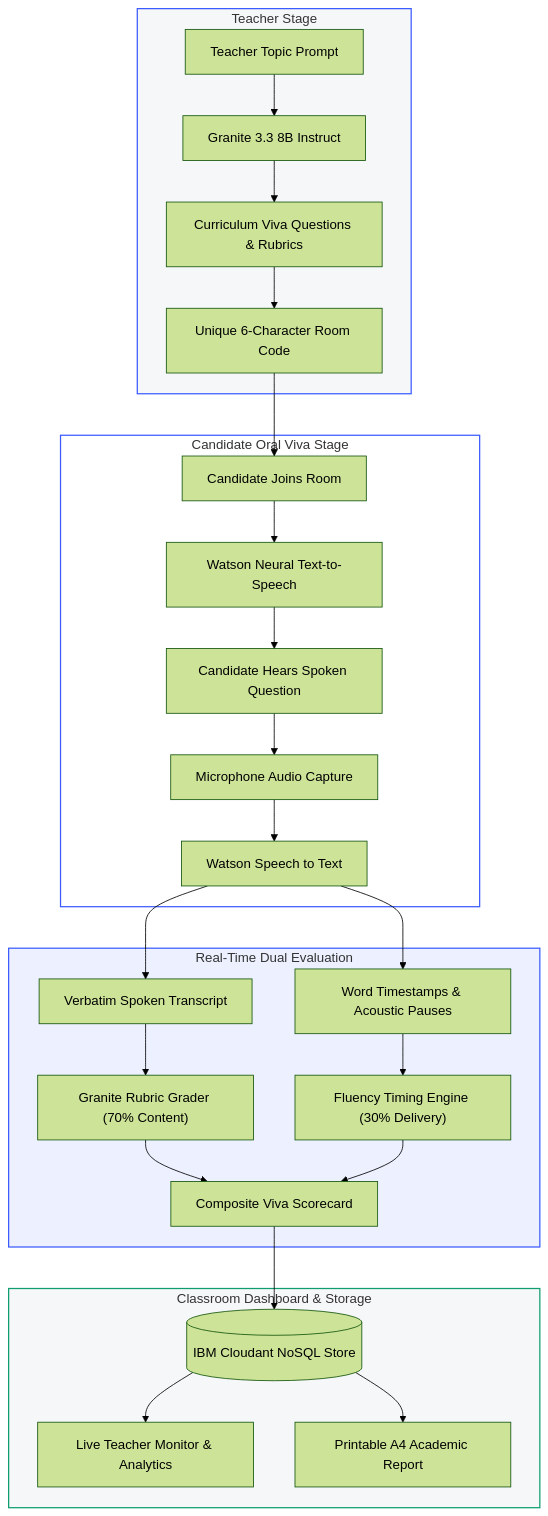
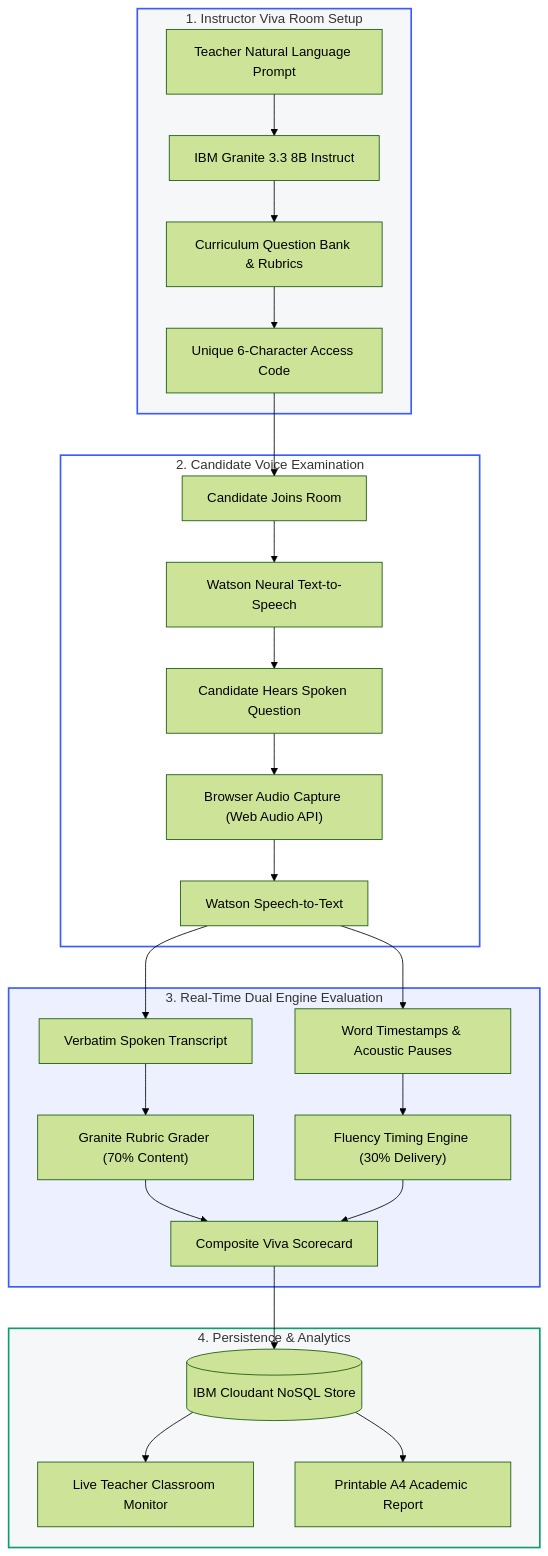
One commit to harshadabarsagade/Oralyze changed the first of 2 diagrams in README.md. Above: the diagram before and after it, drawn with Mermaid (forest theme). The commit also changed other lines of this file and 2 other files, not shown here.

Commit message:
docs: improve README typography, high-visibility white logo, comprehensive tags, and SEO architecture

````diff
--- a/README.md
+++ b/README.md
@@ -55,36 +89,36 @@
 ```mermaid
 flowchart TD
-    subgraph Teacher["Teacher Stage"]
-        T1["Teacher Topic Prompt"] --> T2["Granite 3.3 8B Instruct"]
-        T2 --> T3["Curriculum Viva Questions & Rubrics"]
-        T3 --> T4["Unique 6-Character Room Code"]
+    subgraph TeacherStage["1. Instructor Viva Room Setup"]
+        T1["Teacher Natural Language Prompt"] --> T2["IBM Granite 3.3 8B Instruct"]
+        T2 --> T3["Curriculum Question Bank & Rubrics"]
+        T3 --> T4["Unique 6-Character Access Code"]
     end
 
-    subgraph Candidate["Candidate Oral Viva Stage"]
+    subgraph CandidateStage["2. Candidate Voice Examination"]
         T4 --> C1["Candidate Joins Room"]
         C1 --> C2["Watson Neural Text-to-Speech"]
         C2 --> C3["Candidate Hears Spoken Question"]
-        C3 --> C4["Microphone Audio Capture"]
-        C4 --> C5["Watson Speech to Text"]
+        C3 --> C4["Browser Audio Capture (Web Audio API)"]
+        C4 --> C5["Watson Speech-to-Text"]
     end
 
-    subgraph Evaluation["Real-Time Dual Evaluation"]
+    subgraph EvaluationStage["3. Real-Time Dual Engine Evaluation"]
         C5 --> E1["Verbatim Spoken Transcript"]
         C5 --> E2["Word Timestamps & Acoustic Pauses"]
         E1 --> E3["Granite Rubric Grader (70% Content)"]
         E2 --> E4["Fluency Timing Engine (30% Delivery)"]
         E3 --> E5["Composite Viva Scorecard"]
         E4 --> E5
     end
 
-    subgraph Storage["Classroom Dashboard & Storage"]
+    subgraph StorageStage["4. Persistence & Analytics"]
         E5 --> S1[("IBM Cloudant NoSQL Store")]
-        S1 --> S2["Live Teacher Monitor & Analytics"]
+        S1 --> S2["Live Teacher Classroom Monitor"]
         S1 --> S3["Printable A4 Academic Report"]
     end
 
-    style Teacher fill:#F6F7F9,stroke:#3B5BFF,stroke-width:1.5px
-    style Candidate fill:#FFFFFF,stroke:#3B5BFF,stroke-width:1.5px
-    style Evaluation fill:#EDF1FF,stroke:#3B5BFF,stroke-width:1.5px
-    style Storage fill:#F6F7F9,stroke:#0F9D6E,stroke-width:1.5px
+    style TeacherStage fill:#F6F7F9,stroke:#3B5BFF,stroke-width:2px
+    style CandidateStage fill:#FFFFFF,stroke:#3B5BFF,stroke-width:2px
+    style EvaluationStage fill:#EDF1FF,stroke:#3B5BFF,stroke-width:2px
+    style StorageStage fill:#F6F7F9,stroke:#0F9D6E,stroke-width:2px
 ```
````
